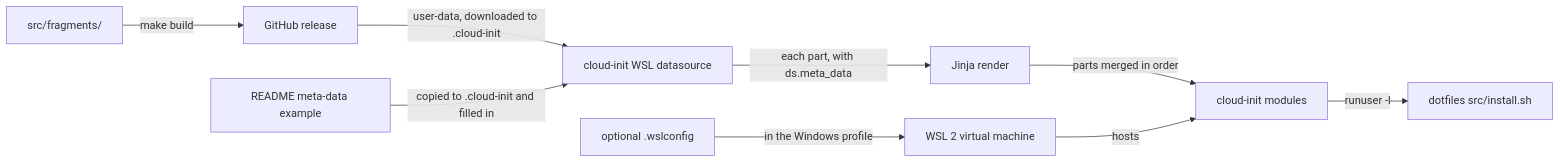
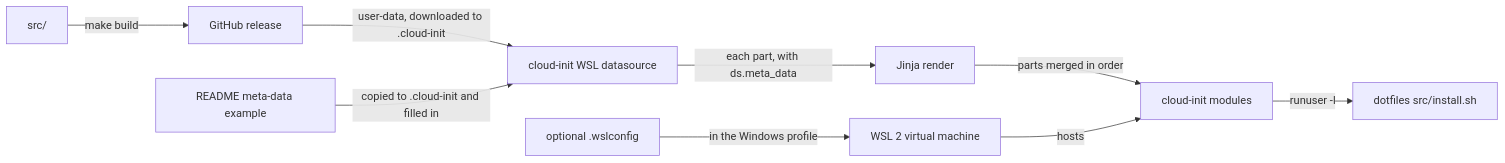
Before and after one commit to froazin/wsl: the first of 3 diagrams in docs/provisioning.md, drawn with Mermaid. The commit also changed other lines of this file and 26 other files, not shown here.

````diff
--- a/docs/provisioning.md
+++ b/docs/provisioning.md
@@ -32,13 +32,13 @@
 ```mermaid
 flowchart LR
     accTitle: How the WSL files reach the instance
     accDescr: The build joins the fragments, in order, into one MIME user-data, and a release publishes it. The user downloads it into their Windows profile, writes the meta-data beside it from the README's example and can add the optional .wslconfig, which WSL reads. cloud-init's WSL datasource reads the user-data and meta-data, renders each Jinja part, merges the parts and runs the cloud-config, which runs install.sh as the user and as root.
-    parts["src/fragments/"] -->|"make build"| release["GitHub release"]
+    parts["src/"] -->|"make build"| release["GitHub release"]
     release -->|"user-data, downloaded to .cloud-init"| ds["cloud-init WSL datasource"]
     example["README meta-data example"] -->|"copied to .cloud-init and filled in"| ds
     wslconfig["optional .wslconfig"] -->|"in the Windows profile"| vm["WSL 2 virtual machine"]
     ds -->|"each part, with ds.meta_data"| jinja["Jinja render"]
     jinja -->|"parts merged in order"| modules["cloud-init modules"]
     modules -->|"runuser -l"| install["dotfiles src/install.sh"]
     vm -->|hosts| modules
 ```
````
